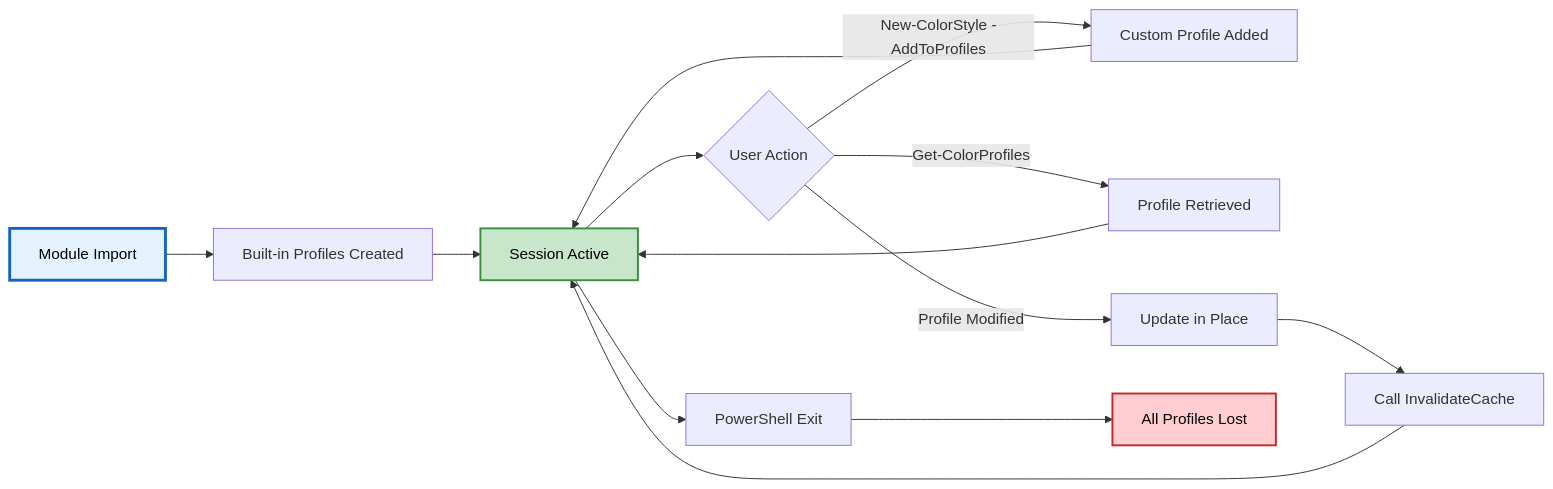
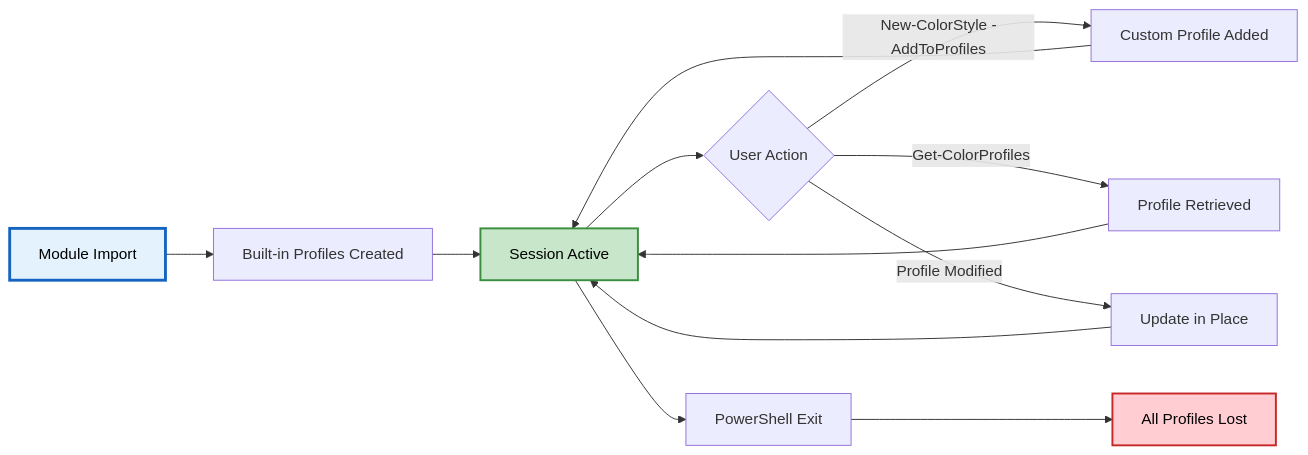
The second of 2 diagrams in Docs/Public/Get-ColorProfiles.md (MarkusMcNugen/PSWriteColorEX), drawn with Mermaid before and after one commit. The commit also changed other lines of this file and 10 other files, not shown here.

````diff
--- a/Docs/Public/Get-ColorProfiles.md
+++ b/Docs/Public/Get-ColorProfiles.md
@@ -427,22 +427,21 @@
 ```mermaid
 graph LR
     A[Module Import] --> B[Built-in Profiles Created]
     B --> C[Session Active]
 
     C --> D{User Action}
     D -->|New-ColorStyle -AddToProfiles| E[Custom Profile Added]
     D -->|Get-ColorProfiles| F[Profile Retrieved]
     D -->|Profile Modified| G[Update in Place]
 
     E --> C
     F --> C
-    G --> H[Call InvalidateCache]
-    H --> C
+    G --> C
 
     C --> I[PowerShell Exit]
     I --> J[All Profiles Lost]
 
     style A fill:#e3f2fd,stroke:#1565c0,stroke-width:3px,color:#000
     style C fill:#c8e6c9,stroke:#388e3c,stroke-width:2px,color:#000
     style J fill:#ffcdd2,stroke:#c62828,stroke-width:2px,color:#000
 ```
````
